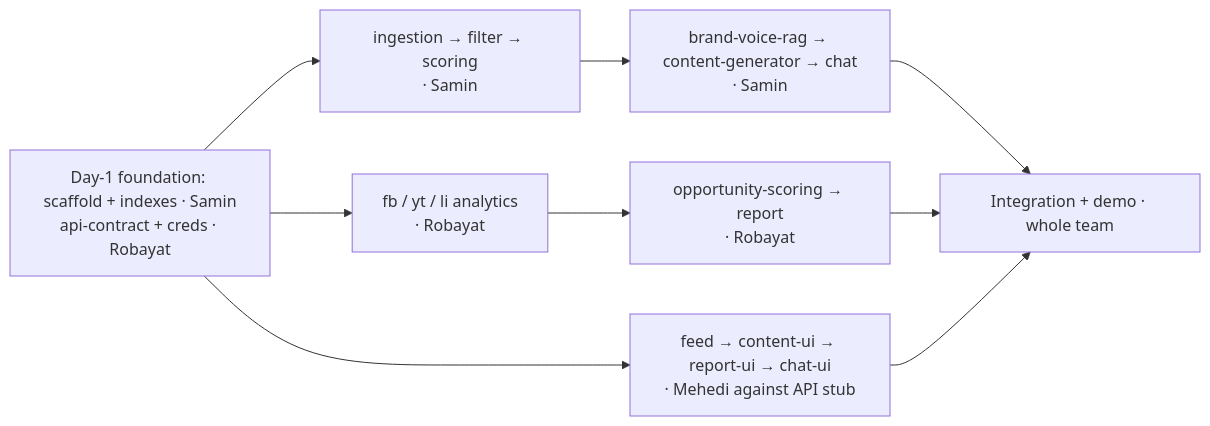
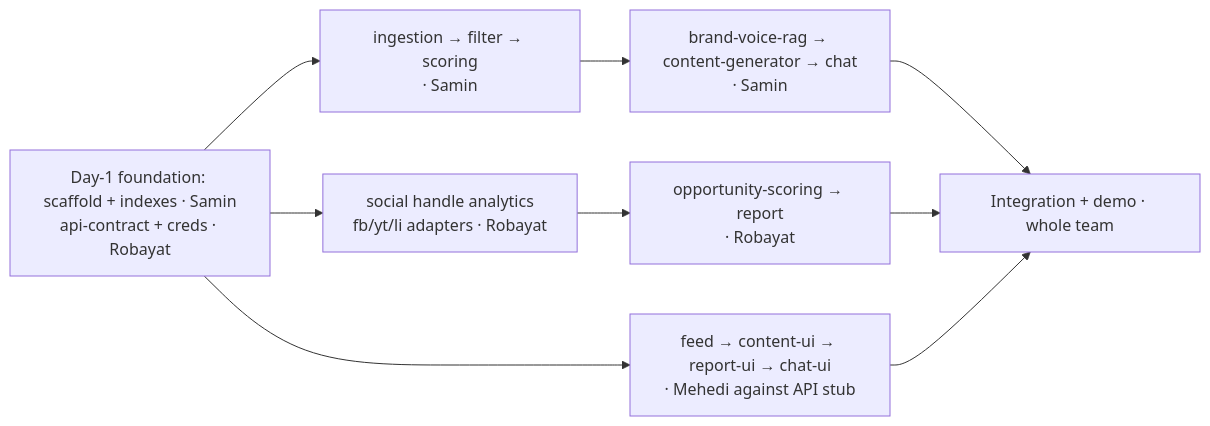
One commit to Farsit-007/AI-Content-Trend-Recommendation changed the second of 2 diagrams in SPEC-DRIVEN-WORKFLOW.md. Above: the diagram before and after it, drawn with Mermaid. The commit also changed other lines of this file and 11 other files, not shown here.

First line of the commit message:
feat: update analytics features to support dynamic social handle analytics and multi-team access control

````diff
--- a/SPEC-DRIVEN-WORKFLOW.md
+++ b/SPEC-DRIVEN-WORKFLOW.md
@@ -194,11 +192,11 @@
 ```mermaid
 flowchart LR
     S[Day-1 foundation: scaffold + indexes · Samin<br/>api-contract + creds · Robayat] --> ING[ingestion → filter → scoring<br/>· Samin]
-    S --> AN[fb / yt / li analytics<br/>· Robayat]
+    S --> AN[social handle analytics<br/>fb/yt/li adapters · Robayat]
     ING --> GEN[brand-voice-rag → content-generator → chat<br/>· Samin]
     AN --> OPP[opportunity-scoring → report<br/>· Robayat]
     S --> FE[feed → content-ui → report-ui → chat-ui<br/>· Mehedi against API stub]
     GEN --> DEMO[Integration + demo · whole team]
     OPP --> DEMO
     FE --> DEMO
 ```
````
